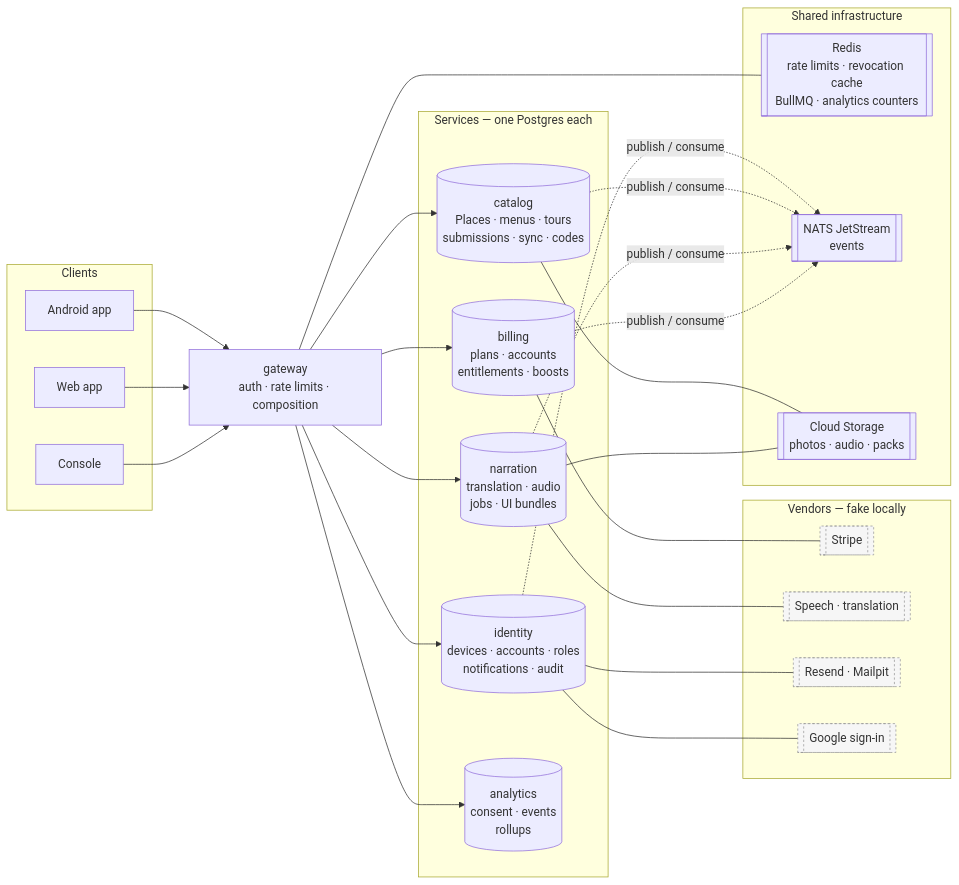
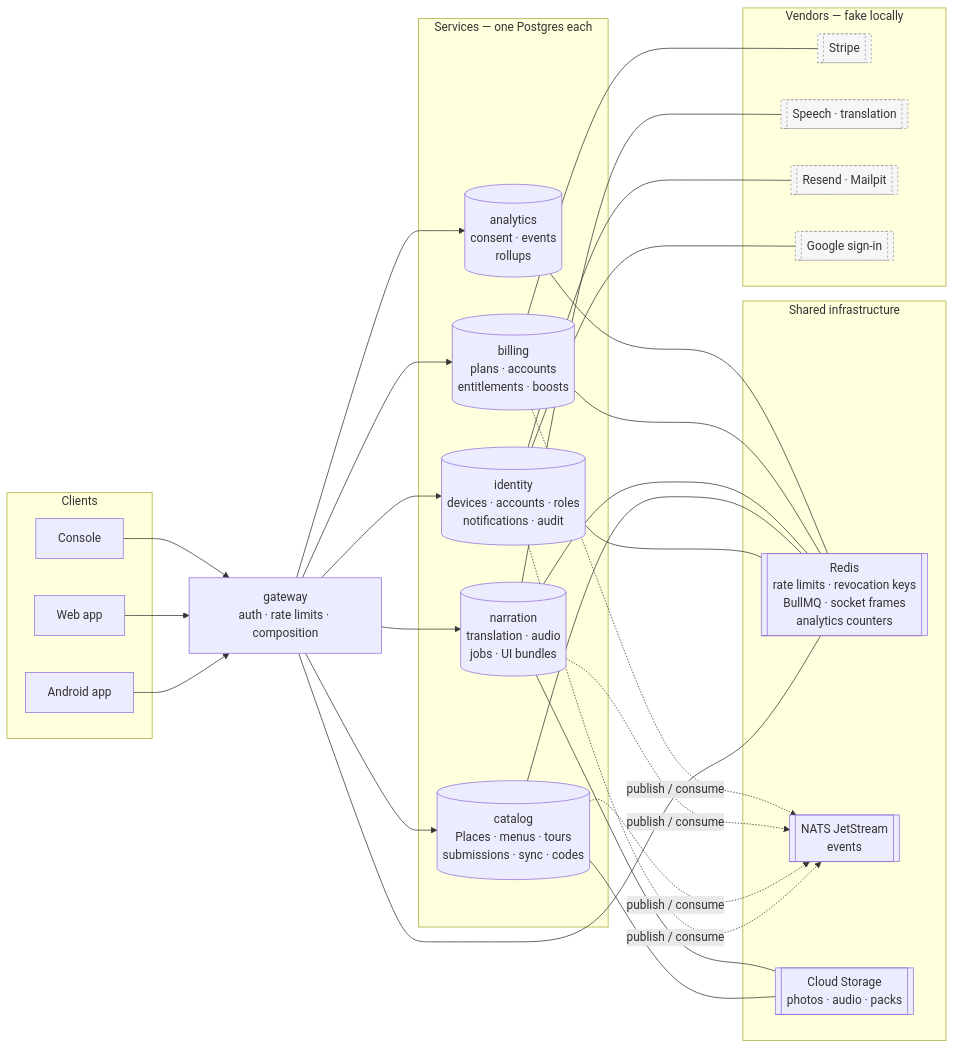
One commit to dungtq2k5/wayfare changed the first of 4 diagrams in docs/reference/sys-flows.md. Above: the diagram before and after it, drawn with Mermaid. The commit also changed other lines of this file and 11 other files, not shown here.

````diff
--- a/docs/reference/sys-flows.md
+++ b/docs/reference/sys-flows.md
@@ -13,46 +13,46 @@
 ```mermaid
 graph LR
   subgraph clients["Clients"]
     M[Android app]
     W[Web app]
     C[Console]
   end
 
   G[gateway<br/>auth · rate limits · composition]
 
   subgraph services["Services — one Postgres each"]
     I[(identity<br/>devices · accounts · roles<br/>notifications · audit)]
     CA[(catalog<br/>Places · menus · tours<br/>submissions · sync · codes)]
     N[(narration<br/>translation · audio<br/>jobs · UI bundles)]
     B[(billing<br/>plans · accounts<br/>entitlements · boosts)]
     A[(analytics<br/>consent · events<br/>rollups)]
   end
 
   subgraph shared["Shared infrastructure"]
-    R[[Redis<br/>rate limits · revocation cache<br/>BullMQ · analytics counters]]
+    R[[Redis<br/>rate limits · revocation keys<br/>BullMQ · socket frames<br/>analytics counters]]
     J[[NATS JetStream<br/>events]]
     S[[Cloud Storage<br/>photos · audio · packs]]
   end
 
   subgraph vendors["Vendors — fake locally"]
     ST[[Stripe]]
     TT[[Speech · translation]]
     EM[[Resend · Mailpit]]
     GO[[Google sign-in]]
   end
 
   M --> G
   W --> G
   C --> G
   G --> I & CA & N & B & A
-  G --- R
+  G & I & CA & N & B & A --- R
   I & CA & N & B -. publish / consume .-> J
   CA & N --- S
   B --- ST
   N --- TT
   I --- EM
   I --- GO
 
   classDef ext fill:#f6f6f6,stroke:#999,stroke-dasharray:3 3
   class ST,TT,EM,GO ext
 ```
````
